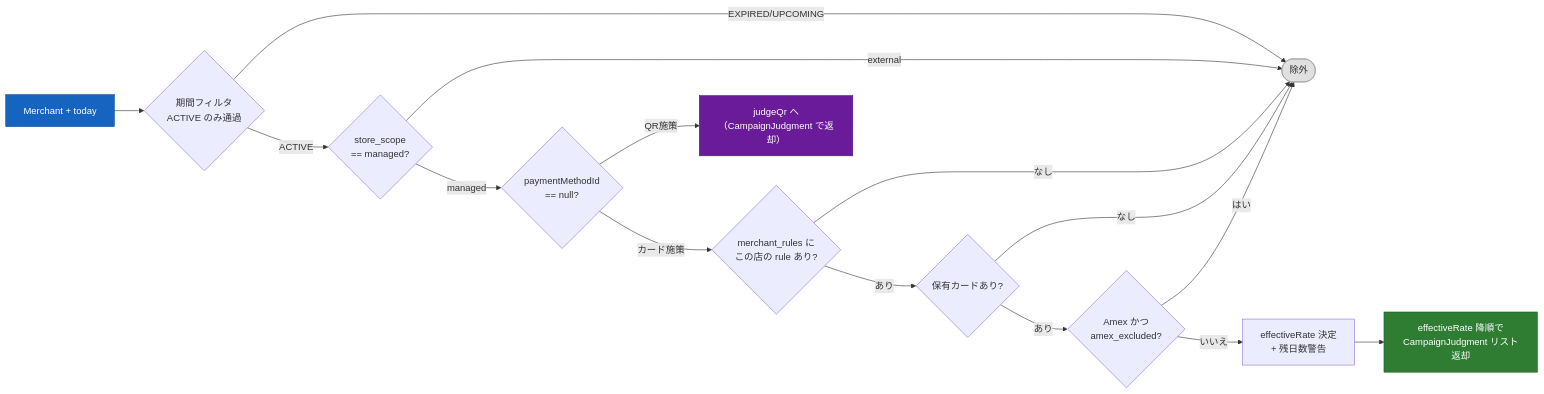
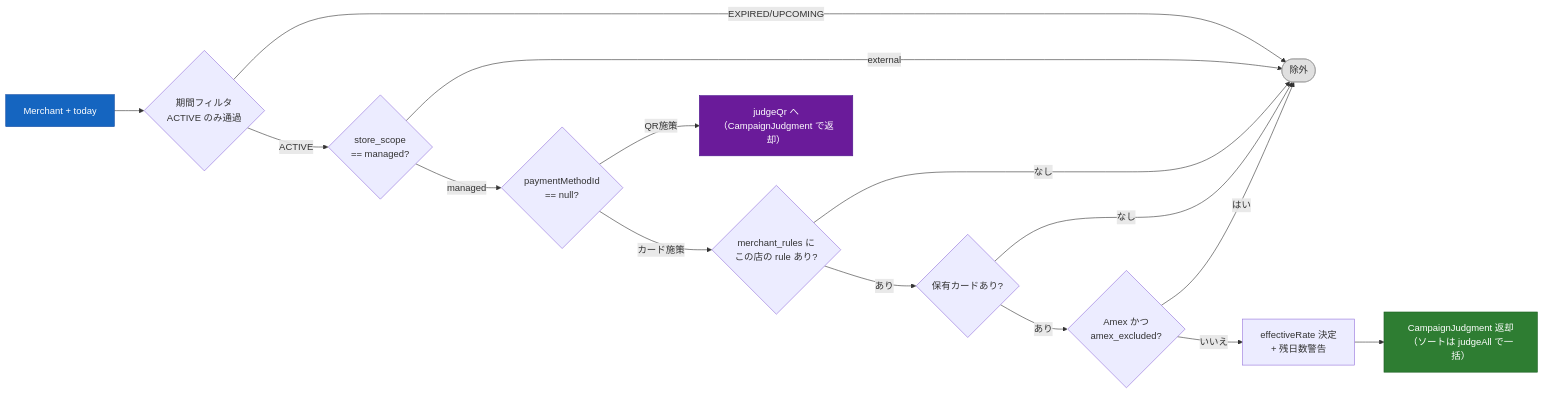
Before and after one commit to ktakjm/poikatsu: the fourth of 6 diagrams in docs/code-guide.md, drawn with Mermaid. The commit also changed other lines of this file and 4 other files, not shown here.

````diff
--- a/docs/code-guide.md
+++ b/docs/code-guide.md
@@ -330,22 +330,22 @@
 ```mermaid
 flowchart LR
     IN["Merchant + today"] --> PERIOD{"期間フィルタ<br/>ACTIVE のみ通過"}
     PERIOD -- "EXPIRED/UPCOMING" --> DROP(["除外"])
     PERIOD -- "ACTIVE" --> SCOPE{"store_scope<br/>== managed?"}
     SCOPE -- "external" --> DROP
     SCOPE -- "managed" --> PMID{"paymentMethodId<br/>== null?"}
     PMID -- "QR施策" --> QR["judgeQr へ（CampaignJudgment で返却）"]
     PMID -- "カード施策" --> RULE{"merchant_rules に<br/>この店の rule あり?"}
     RULE -- "なし" --> DROP
     RULE -- "あり" --> CARD{"保有カードあり?"}
     CARD -- "なし" --> DROP
     CARD -- "あり" --> AMEX{"Amex かつ<br/>amex_excluded?"}
     AMEX -- "はい" --> DROP
     AMEX -- "いいえ" --> RATE["effectiveRate 決定<br/>+ 残日数警告"]
-    RATE --> SORT["effectiveRate 降順で<br/>CampaignJudgment リスト返却"]
+    RATE --> OUT["CampaignJudgment 返却<br/>（ソートは judgeAll で一括）"]
 
     style IN fill:#1565C0,stroke:#0D47A1,color:#fff
-    style SORT fill:#2E7D32,stroke:#1B5E20,color:#fff
+    style OUT fill:#2E7D32,stroke:#1B5E20,color:#fff
     style DROP fill:#E0E0E0,stroke:#9E9E9E,color:#333
     style QR fill:#6A1B9A,stroke:#4A148C,color:#fff
 ```
````
